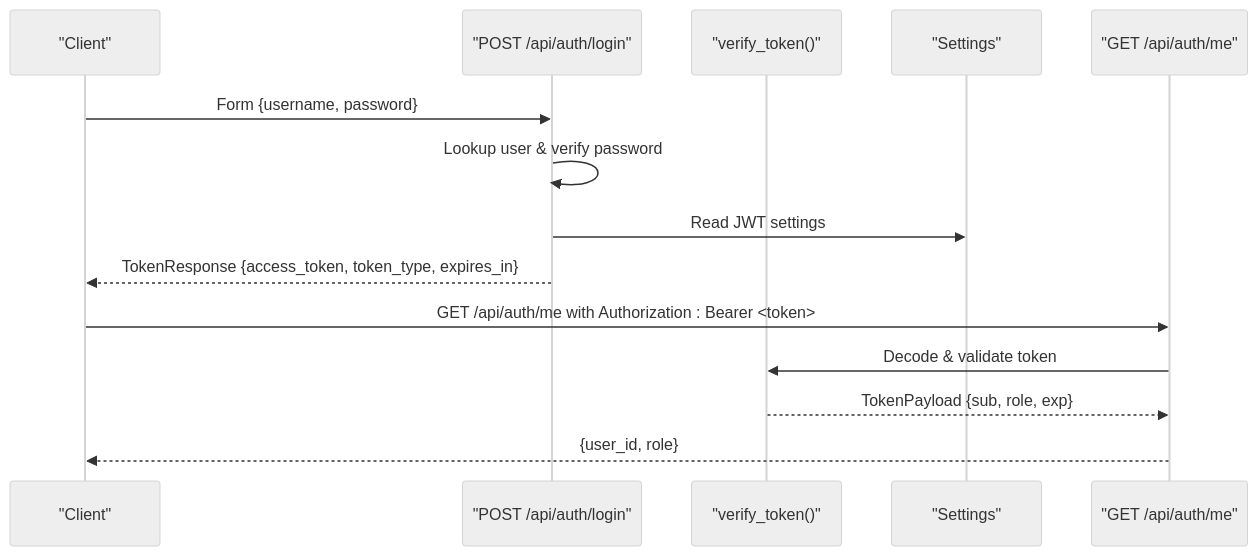
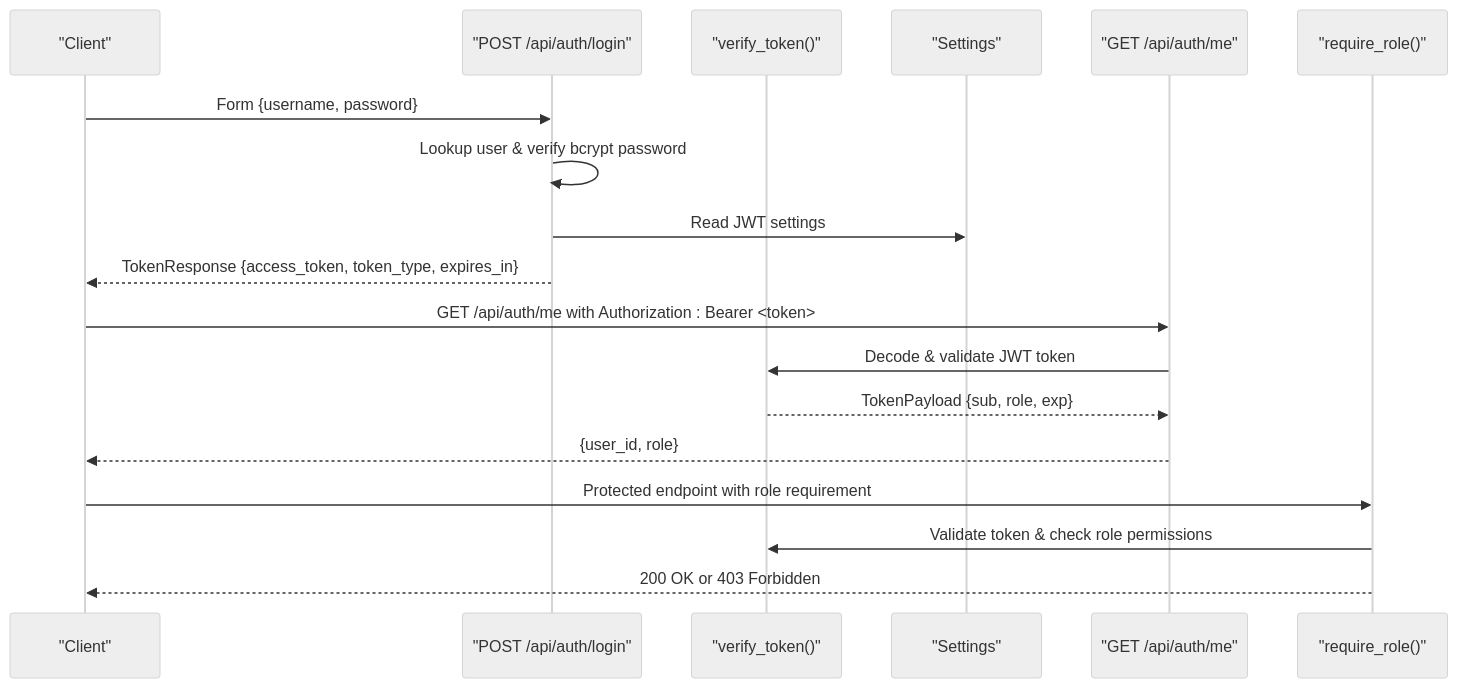
Before and after one commit to Zafar488/MaHifzat-Ai: the second of 3 diagrams in .qoder/repowiki/en/content/API Reference/Authentication API.md, drawn with Mermaid (neutral theme). The commit also changed other lines of this file and 360 other files, not shown here.

````diff
--- a/.qoder/repowiki/en/content/API Reference/Authentication API.md
+++ b/.qoder/repowiki/en/content/API Reference/Authentication API.md
@@ -84,16 +105,20 @@
 ```mermaid
 sequenceDiagram
 participant Client as "Client"
 participant Auth as "POST /api/auth/login"
 participant Verify as "verify_token()"
 participant Config as "Settings"
 participant Me as "GET /api/auth/me"
+participant RoleCheck as "require_role()"
 Client->>Auth : Form {username, password}
-Auth->>Auth : Lookup user & verify password
+Auth->>Auth : Lookup user & verify bcrypt password
 Auth->>Config : Read JWT settings
 Auth-->>Client : TokenResponse {access_token, token_type, expires_in}
 Client->>Me : GET /api/auth/me with Authorization : Bearer <token>
-Me->>Verify : Decode & validate token
+Me->>Verify : Decode & validate JWT token
 Verify-->>Me : TokenPayload {sub, role, exp}
 Me-->>Client : {user_id, role}
+Client->>RoleCheck : Protected endpoint with role requirement
+RoleCheck->>Verify : Validate token & check role permissions
+RoleCheck-->>Client : 200 OK or 403 Forbidden
 ```
````
